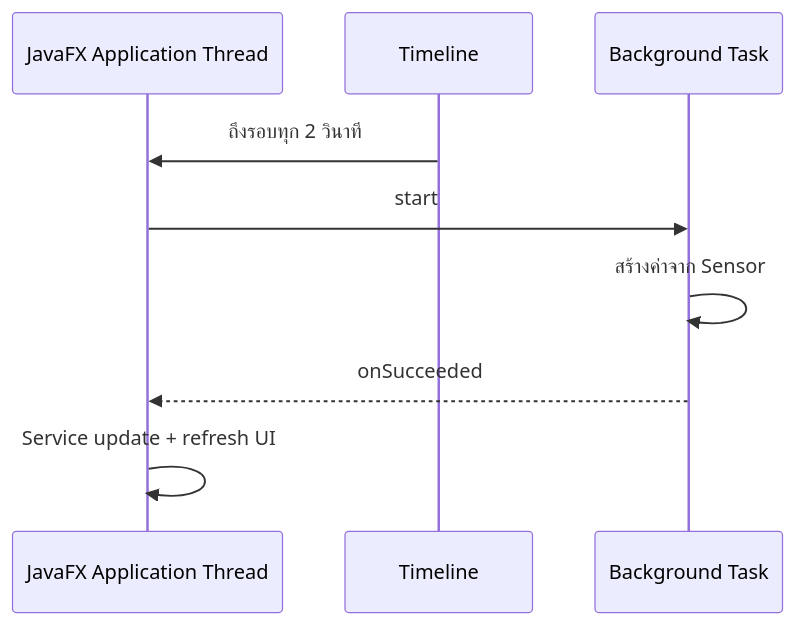
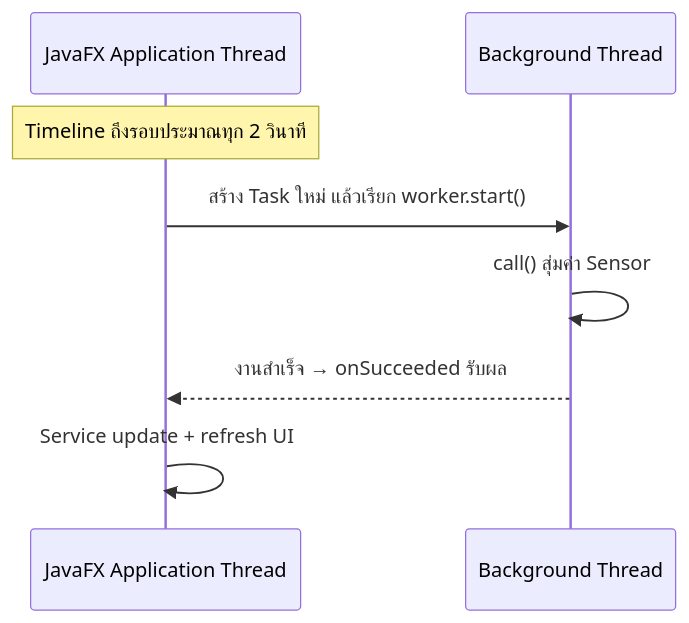
The diagram in docs/playlist-03-java-desktop/ep10-task-timeline.md (KOPE-SOLUTION/java-smart-solutions), drawn with Mermaid before and after one commit. The commit also changed other lines of this file, not shown here.

````diff
--- a/docs/playlist-03-java-desktop/ep10-task-timeline.md
+++ b/docs/playlist-03-java-desktop/ep10-task-timeline.md
@@ -11,11 +17,10 @@
 ```mermaid
 sequenceDiagram
     participant FX as JavaFX Application Thread
-    participant Timeline
-    participant Task as Background Task
-    Timeline->>FX: ถึงรอบทุก 2 วินาที
-    FX->>Task: start
-    Task->>Task: สร้างค่าจาก Sensor
-    Task-->>FX: onSucceeded
+    participant Worker as Background Thread
+    Note over FX: Timeline ถึงรอบประมาณทุก 2 วินาที
+    FX->>Worker: สร้าง Task ใหม่ แล้วเรียก worker.start()
+    Worker->>Worker: call() สุ่มค่า Sensor
+    Worker-->>FX: งานสำเร็จ → onSucceeded รับผล
     FX->>FX: Service update + refresh UI
 ```
````
